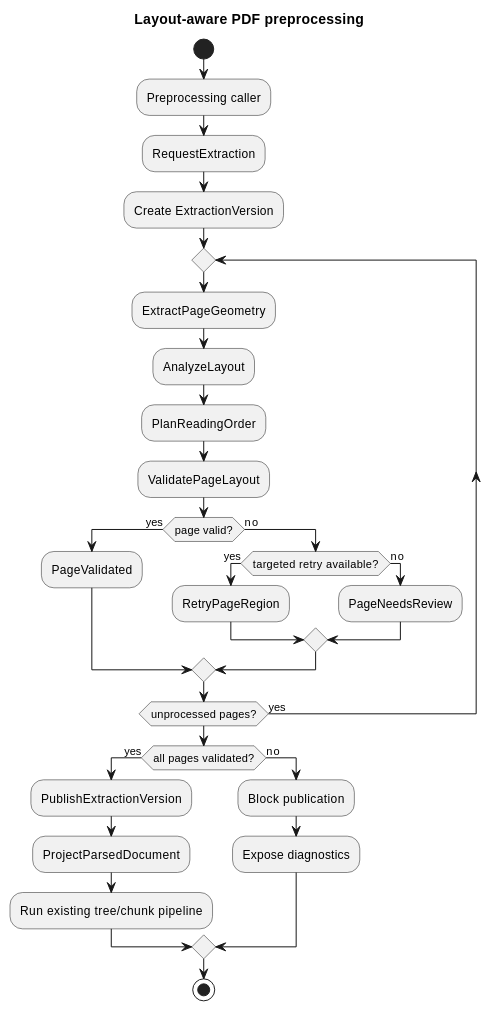
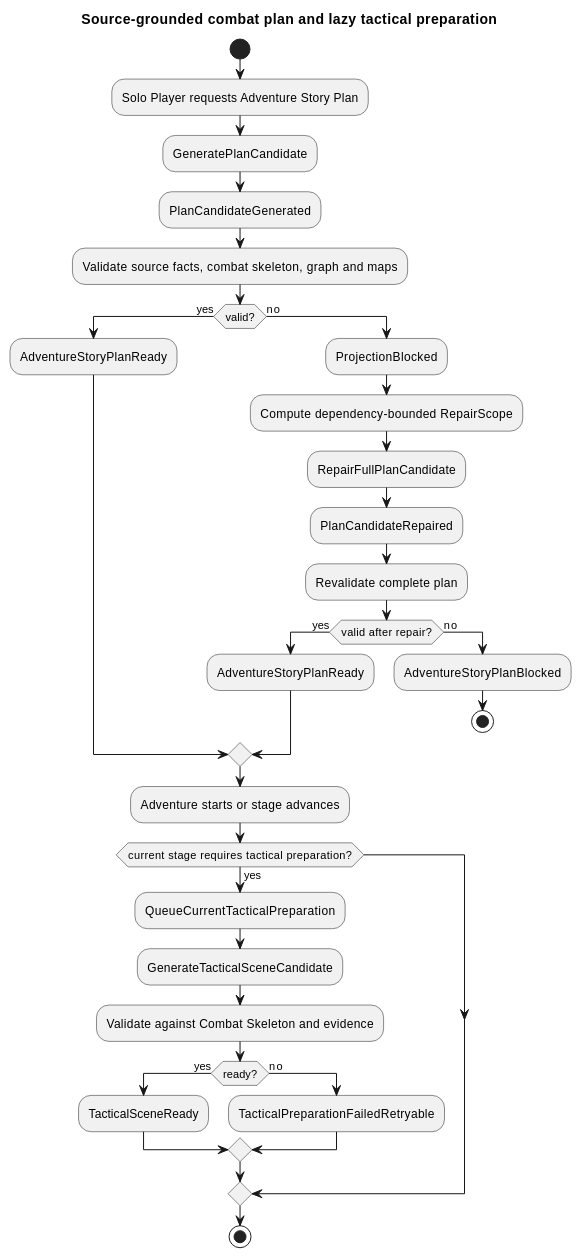
Before and after one commit to omegafrog/dnd-master: the first of 4 diagrams in docs/specs/architecture-spec.md, drawn with PlantUML. The commit also changed other lines of this file and 64 other files, not shown here.

````diff
--- a/docs/specs/architecture-spec.md
+++ b/docs/specs/architecture-spec.md
@@ -40,33 +41,37 @@
 ```plantuml
 @startuml
-title Layout-aware PDF preprocessing
+title Source-grounded combat plan and lazy tactical preparation
 start
-:Preprocessing caller;
-:RequestExtraction;
-:Create ExtractionVersion;
-repeat
-  :ExtractPageGeometry;
-  :AnalyzeLayout;
-  :PlanReadingOrder;
-  :ValidatePageLayout;
-  if (page valid?) then (yes)
-    :PageValidated;
+:Solo Player requests Adventure Story Plan;
+:GeneratePlanCandidate;
+:PlanCandidateGenerated;
+:Validate source facts, combat skeleton, graph and maps;
+if (valid?) then (yes)
+  :AdventureStoryPlanReady;
+else (no)
+  :ProjectionBlocked;
+  :Compute dependency-bounded RepairScope;
+  :RepairFullPlanCandidate;
+  :PlanCandidateRepaired;
+  :Revalidate complete plan;
+  if (valid after repair?) then (yes)
+    :AdventureStoryPlanReady;
   else (no)
-    if (targeted retry available?) then (yes)
-      :RetryPageRegion;
-    else (no)
-      :PageNeedsReview;
-    endif
+    :AdventureStoryPlanBlocked;
+    stop
   endif
-repeat while (unprocessed pages?) is (yes)
-if (all pages validated?) then (yes)
-  :PublishExtractionVersion;
-  :ProjectParsedDocument;
-  :Run existing tree/chunk pipeline;
-else (no)
-  :Block publication;
-  :Expose diagnostics;
+endif
+:Adventure starts or stage advances;
+if (current stage requires tactical preparation?) then (yes)
+  :QueueCurrentTacticalPreparation;
+  :GenerateTacticalSceneCandidate;
+  :Validate against Combat Skeleton and evidence;
+  if (ready?) then (yes)
+    :TacticalSceneReady;
+  else (no)
+    :TacticalPreparationFailedRetryable;
+  endif
 endif
 stop
 @enduml
 ```
````
